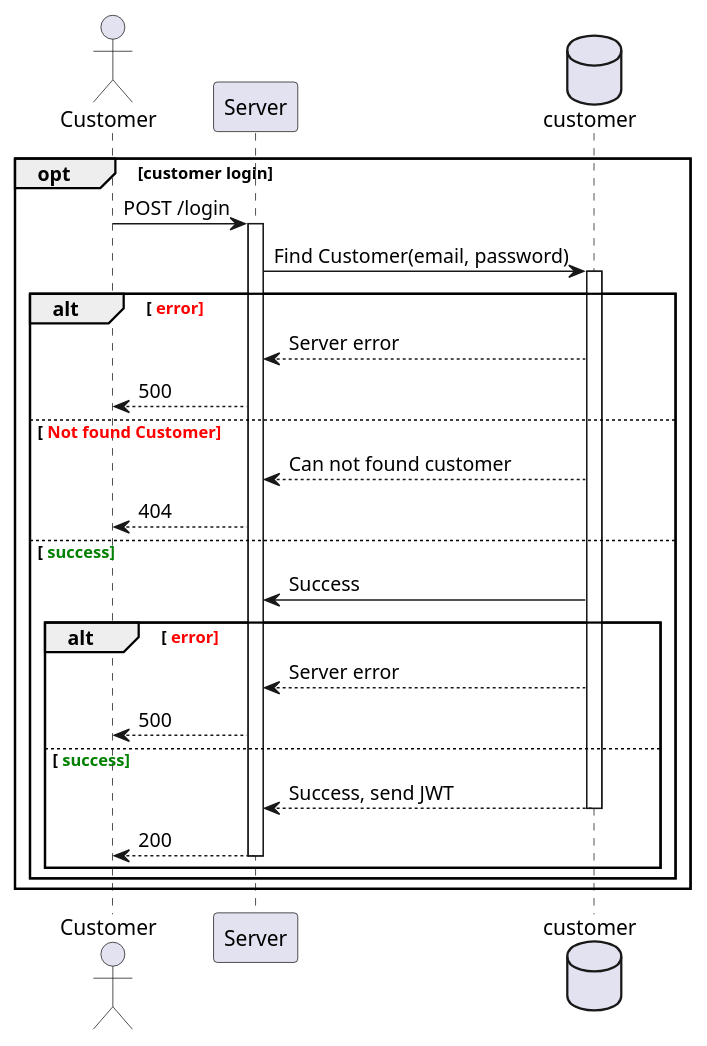
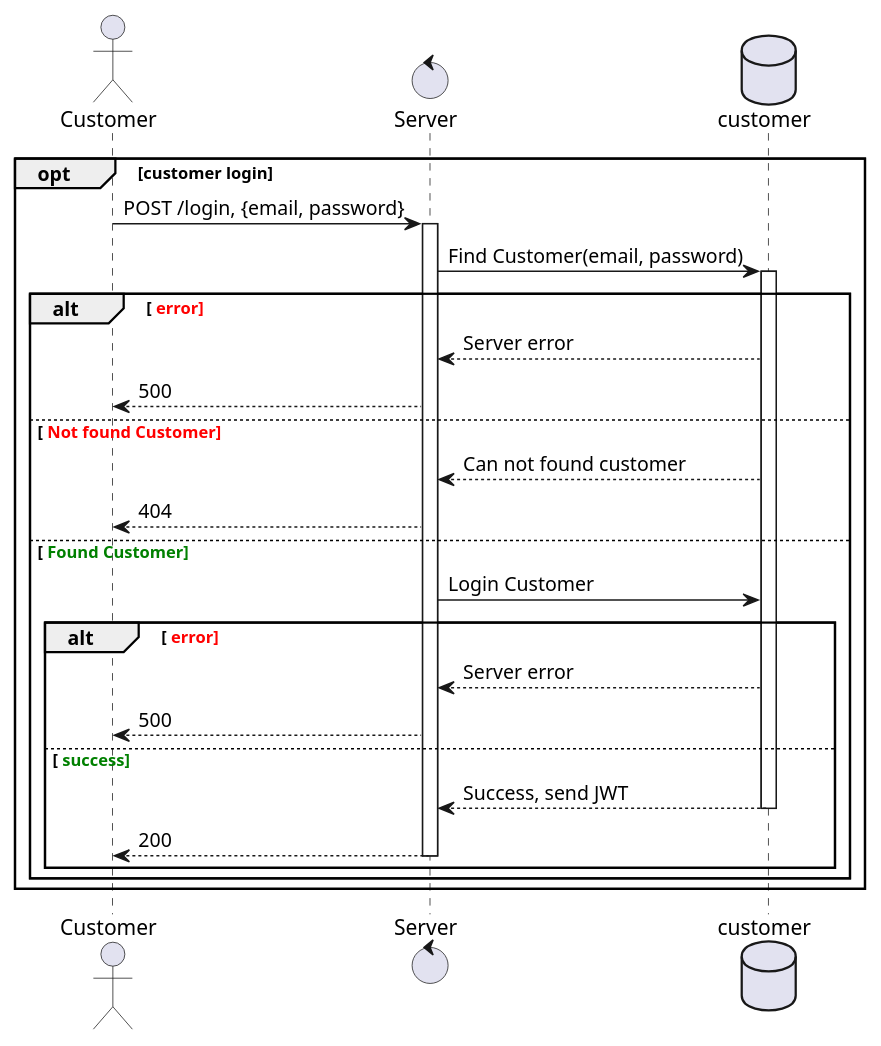
One commit to thang0206/SET_Test-Backend changed the diagram in Study/docs/sequenceDiagram/customer-login.plantuml. Above: the diagram before and after it, drawn with PlantUML. The commit also changed 5 other files, not shown here.

Commit message:
fix sequence diagram

```diff
--- a/Study/docs/sequenceDiagram/customer-login.plantuml
+++ b/Study/docs/sequenceDiagram/customer-login.plantuml
@@ -1,35 +1,35 @@
 @startuml customer
     actor Customer
-    participant Server
+    control Server
     database customer
 
     opt customer login
-        Customer -> Server: POST /login
+        Customer -> Server: POST /login, {email, password}
         activate Server
         Server -> customer: Find Customer(email, password)
         activate customer
 
         alt <font color=Red> error
             Server <-- customer: Server error 
             Customer <-- Server: 500
 
         else <font color=Red> Not found Customer
             Server <-- customer: Can not found customer
             Customer <-- Server: 404
 
-        else <font color=Green> success 
-            Server <- customer: Success 
+        else <font color=Green> Found Customer
+            Server -> customer: Login Customer
             alt <font color=Red> error
                 Server <-- customer: Server error
                 Customer <-- Server: 500
 
             else <font color=Green> success
                 Server <-- customer: Success, send JWT
                 deactivate customer
                 Customer <-- Server: 200
                 deactivate Server
             end
         end 
     end
 
 @enduml
```
